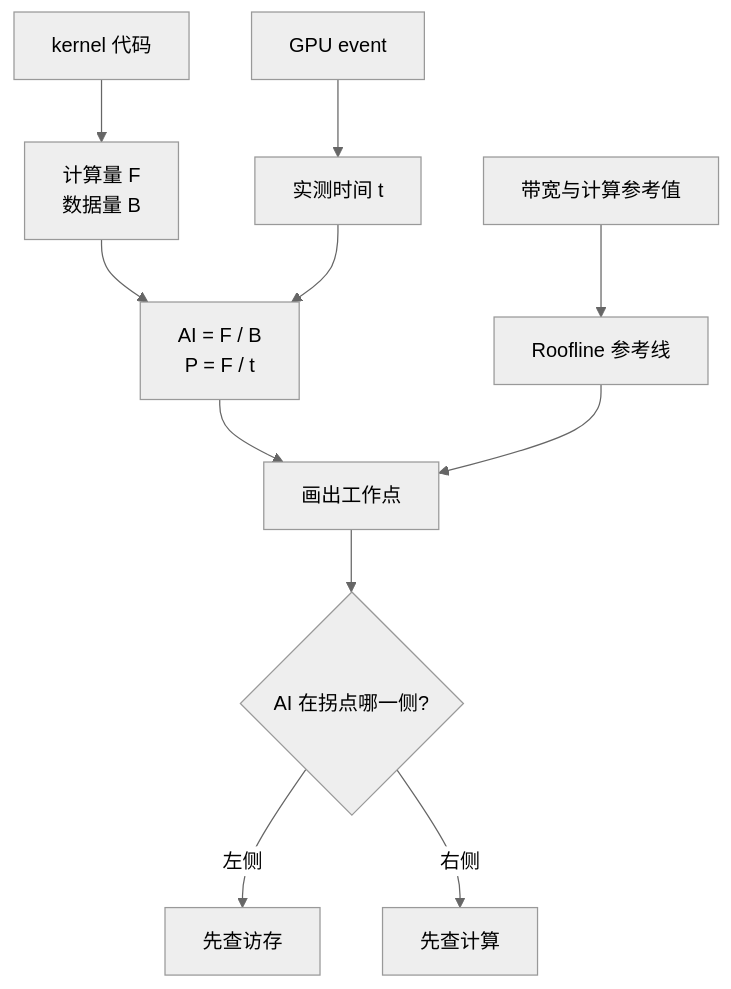
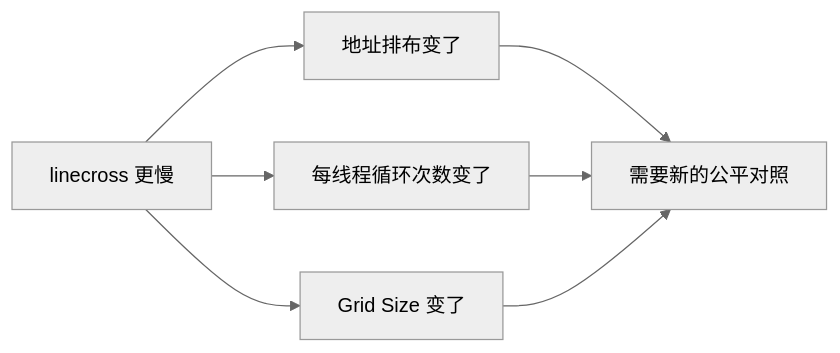
The second of 3 diagrams in docs/part1-profiling/chapter6/index.md (Weihong-Liu/hello-gpu), drawn with Mermaid (neutral theme) before and after one commit. The commit also changed other lines of this file and 133 other files, not shown here.

````diff
--- a/docs/part1-profiling/chapter6/index.md
+++ b/docs/part1-profiling/chapter6/index.md
@@ -76,13 +208,9 @@
 ```mermaid
-flowchart TD
-    A[kernel 代码] --> D[计算量 F<br/>数据量 B]
-    B[GPU event] --> E[实测时间 t]
-    D --> F[AI = F / B<br/>P = F / t]
-    E --> F
-    C[带宽与计算参考值] --> G[Roofline 参考线]
-    F --> H[画出工作点]
-    G --> H
-    H --> I{AI 在拐点哪一侧?}
-    I -- 左侧 --> J[先查访存]
-    I -- 右侧 --> K[先查计算]
+flowchart LR
+    A[linecross 更慢] --> B[地址排布变了]
+    A --> C[每线程循环次数变了]
+    A --> D[Grid Size 变了]
+    B --> E[需要新的公平对照]
+    C --> E
+    D --> E
 ```
````
